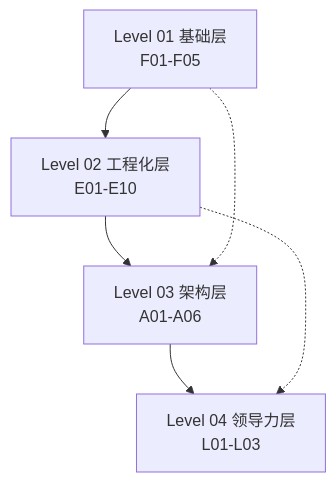
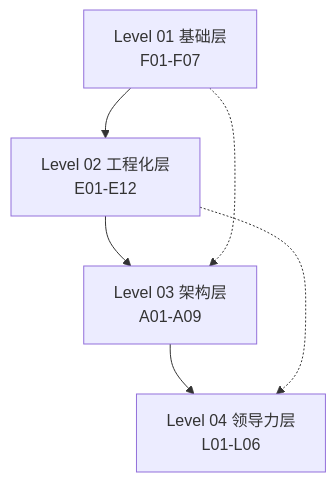
Before and after one commit to rendongping/jgs: the first of 5 diagrams in docs/learning-path/01-knowledge-dependency-map.md, drawn with Mermaid. The commit also changed other lines of this file and 103 other files, not shown here.

````diff
--- a/docs/learning-path/01-knowledge-dependency-map.md
+++ b/docs/learning-path/01-knowledge-dependency-map.md
@@ -18,13 +18,13 @@
 ```mermaid
 graph TD
-    L1[Level 01 基础层<br/>F01-F05]
-    L2[Level 02 工程化层<br/>E01-E10]
-    L3[Level 03 架构层<br/>A01-A06]
-    L4[Level 04 领导力层<br/>L01-L03]
+    L1[Level 01 基础层<br/>F01-F07]
+    L2[Level 02 工程化层<br/>E01-E12]
+    L3[Level 03 架构层<br/>A01-A09]
+    L4[Level 04 领导力层<br/>L01-L06]
 
     L1 --> L2
     L2 --> L3
     L3 --> L4
     L1 -.-> L3
     L2 -.-> L4
 ```
````
